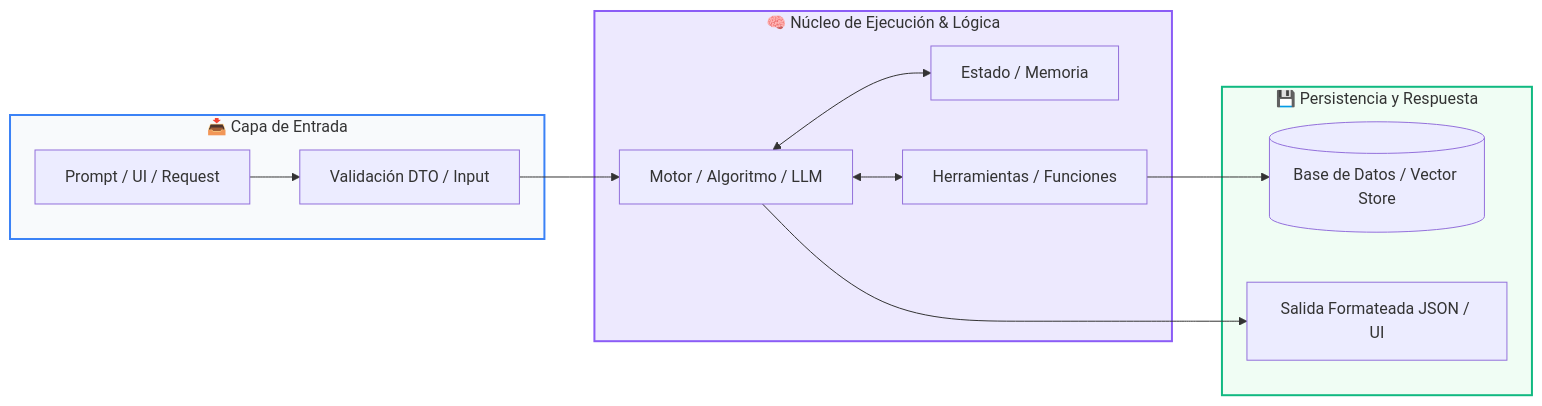
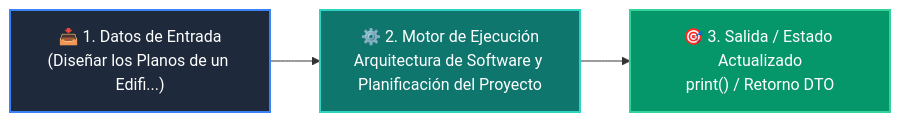
The diagram in docs/curso-04/clase-01.md (wisrovi/wisrovi-python), drawn with Mermaid before and after one commit. The commit also changed other lines of this file and 38 other files, not shown here.

Commit message:
docs(site): rebuild full MkDocs documentation site with updated canonical content, bespoke Mermaids, and Spiral Learning pedagogy

````diff
--- a/docs/curso-04/clase-01.md
+++ b/docs/curso-04/clase-01.md
@@ -65,29 +38,9 @@
 ```mermaid
 flowchart LR
-    subgraph Entrada["📥 Capa de Entrada"]
-        UI["Prompt / UI / Request"]
-        VAL["Validación DTO / Input"]
-    end
+    IN["📥 1. Datos de Entrada<br/>(Diseñar los Planos de un Edifi...)"] --> ENG["⚙️ 2. Motor de Ejecución<br/>Arquitectura de Software y Planificación del Proyecto"]
+    ENG --> OUT["🎯 3. Salida / Estado Actualizado<br/>print() / Retorno DTO"]
 
-    subgraph Core["🧠 Núcleo de Ejecución & Lógica"]
-        ENG["Motor / Algoritmo / LLM"]
-        MEM["Estado / Memoria"]
-        TOOL["Herramientas / Funciones"]
-    end
-
-    subgraph Salida["💾 Persistencia y Respuesta"]
-        DB[("Base de Datos / Vector Store")]
-        RES["Salida Formateada JSON / UI"]
-    end
-
-    UI --> VAL
-    VAL --> ENG
-    ENG <--> MEM
-    ENG <--> TOOL
-    TOOL --> DB
-    ENG --> RES
-
-    style Entrada fill:#f8fafc,stroke:#3b82f6,stroke-width:2px
-    style Core fill:#ede9fe,stroke:#8b5cf6,stroke-width:2px
-    style Salida fill:#f0fdf4,stroke:#10b981,stroke-width:2px
+    style IN fill:#1e293b,color:#ffffff,stroke:#3b82f6,stroke-width:2px
+    style ENG fill:#0f766e,color:#ffffff,stroke:#2dd4bf,stroke-width:2px
+    style OUT fill:#059669,color:#ffffff,stroke:#34d399,stroke-width:2px
 ```
````
